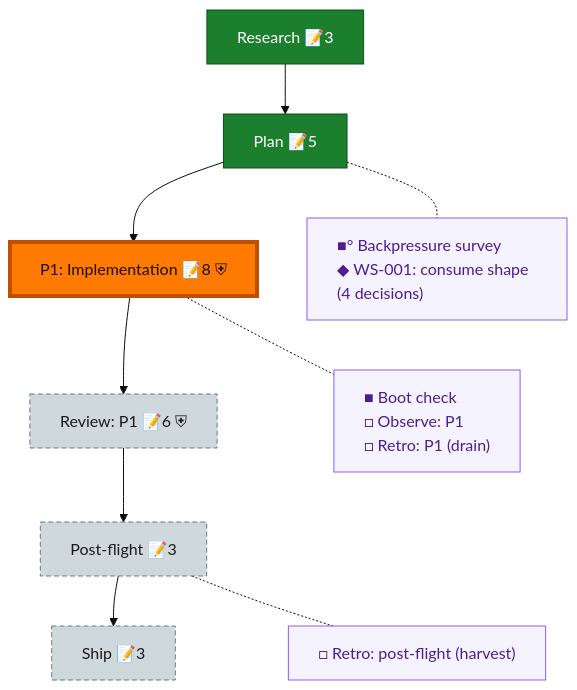
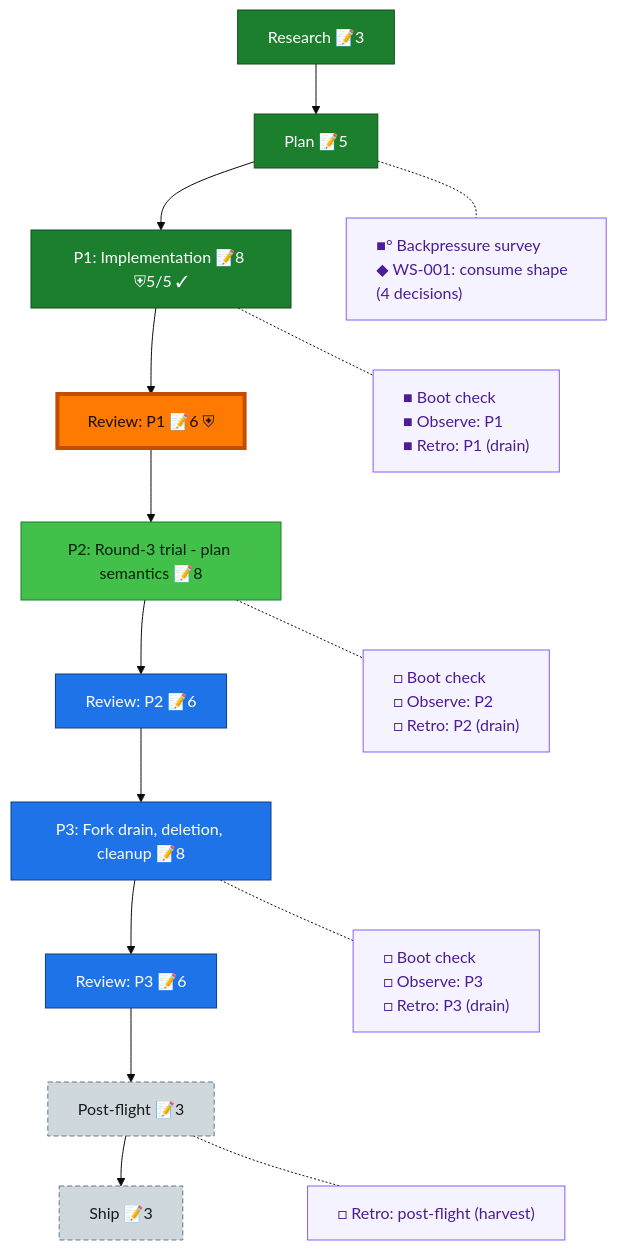
Before and after one commit to AI-Substrate/harness-engineering: the diagram in docs/plans/080-dd-consume-upgrade/the-flow.md, drawn with Mermaid (base theme). The commit also changed other lines of this file and 2 other files, not shown here.

Commit message:
flow(080): phase-1 closed (terra APPROVE), spine expanded P2/P3, retro drained

````diff
--- a/docs/plans/080-dd-consume-upgrade/the-flow.md
+++ b/docs/plans/080-dd-consume-upgrade/the-flow.md
@@ -8,30 +8,39 @@
 ```mermaid
 flowchart TD
     research["Research 📝3"]:::done
     plan["Plan 📝5"]:::done
-    phase_1["P1: Implementation 📝8 ⛨"]:::wip
-    review_1["Review: P1 📝6 ⛨"]:::assumed
+    phase_1["P1: Implementation 📝8 ⛨5/5 ✓"]:::done
+    review_1["Review: P1 📝6 ⛨"]:::done
+    phase_2["P2: Round-3 trial - plan semantics 📝8"]:::wip
+    review_2["Review: P2 📝6"]:::known
+    phase_3["P3: Fork drain, deletion, cleanup 📝8"]:::known
+    review_3["Review: P3 📝6"]:::known
     post_flight["Post-flight 📝3"]:::assumed
     ship["Ship 📝3"]:::assumed
 
-    research --> plan --> phase_1 --> review_1 --> post_flight --> ship
+    research --> plan --> phase_1 --> review_1 --> phase_2 --> review_2 --> phase_3 --> review_3 --> post_flight --> ship
 
     planC["■° Backpressure survey<br/>◆ WS-001: consume shape (4 decisions)"]:::chore
-    phase_1C["■ Boot check<br/>□ Observe: P1<br/>□ Retro: P1 (drain)"]:::chore
+    phase_1C["■ Boot check<br/>■ Observe: P1<br/>■ Retro: P1 (drain)"]:::chore
+    phase_2C["□ Boot check<br/>□ Observe: P2<br/>□ Retro: P2 (drain)"]:::chore
+    phase_3C["□ Boot check<br/>□ Observe: P3<br/>□ Retro: P3 (drain)"]:::chore
     post_flightC["□ Retro: post-flight (harvest)"]:::chore
 
     %% invisible chain holds the gutter boxes in their own column
-    planC ~~~ phase_1C ~~~ post_flightC
+    planC ~~~ phase_1C ~~~ phase_2C ~~~ phase_3C ~~~ post_flightC
 
     %% dotted links pull each gutter box beside its node
     plan -.- planC
     phase_1 -.- phase_1C
+    phase_2 -.- phase_2C
+    phase_3 -.- phase_3C
     post_flight -.- post_flightC
 
     classDef done fill:#1B7F2E,stroke:#0F4F1B,color:#fff;
     classDef wip fill:#43C04A,stroke:#1B7F2E,color:#04210A;
+    classDef known fill:#1E73E8,stroke:#0D3F86,color:#fff;
     classDef assumed fill:#CFD8DC,stroke:#607D8B,color:#1a1a1a,stroke-dasharray:5 3;
     classDef chore fill:#f5f3ff,stroke:#8b5cf6,color:#4c1d95,text-align:left;
     classDef current fill:#FF7A00,stroke:#C24E00,color:#1a0e00,stroke-width:4px;
-    class phase_1 current;
+    class review_1 current;
 ```
````
